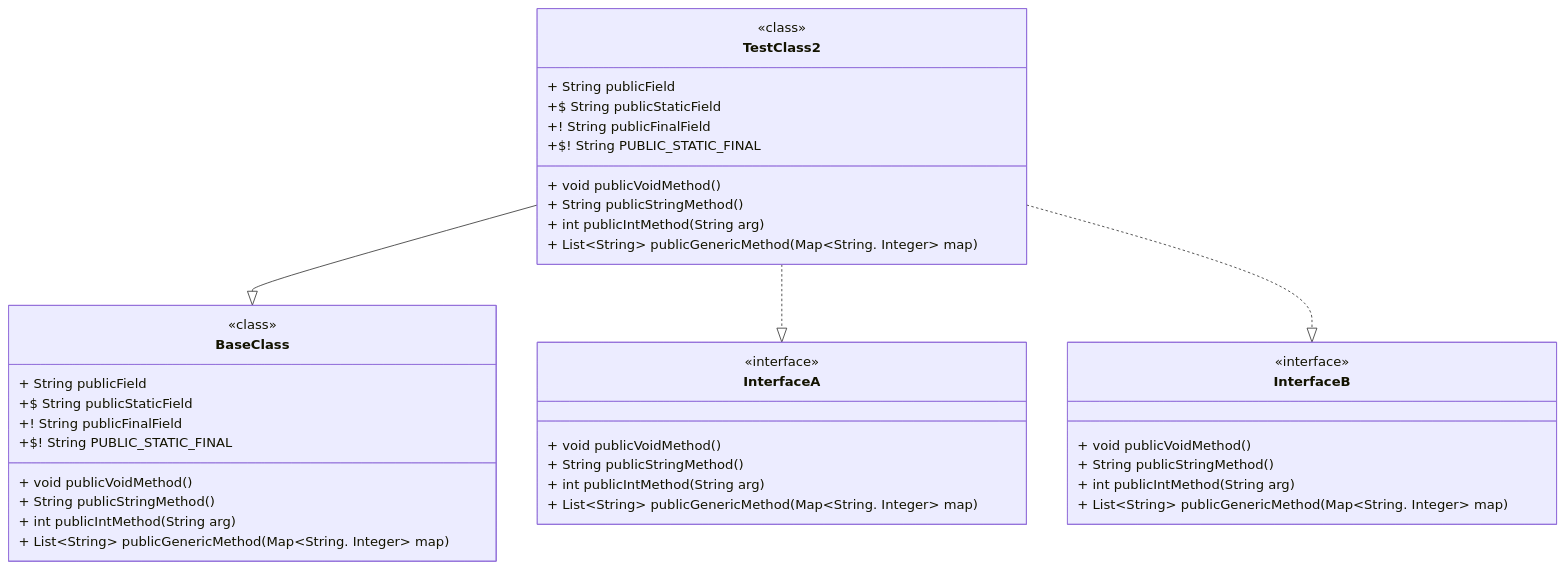
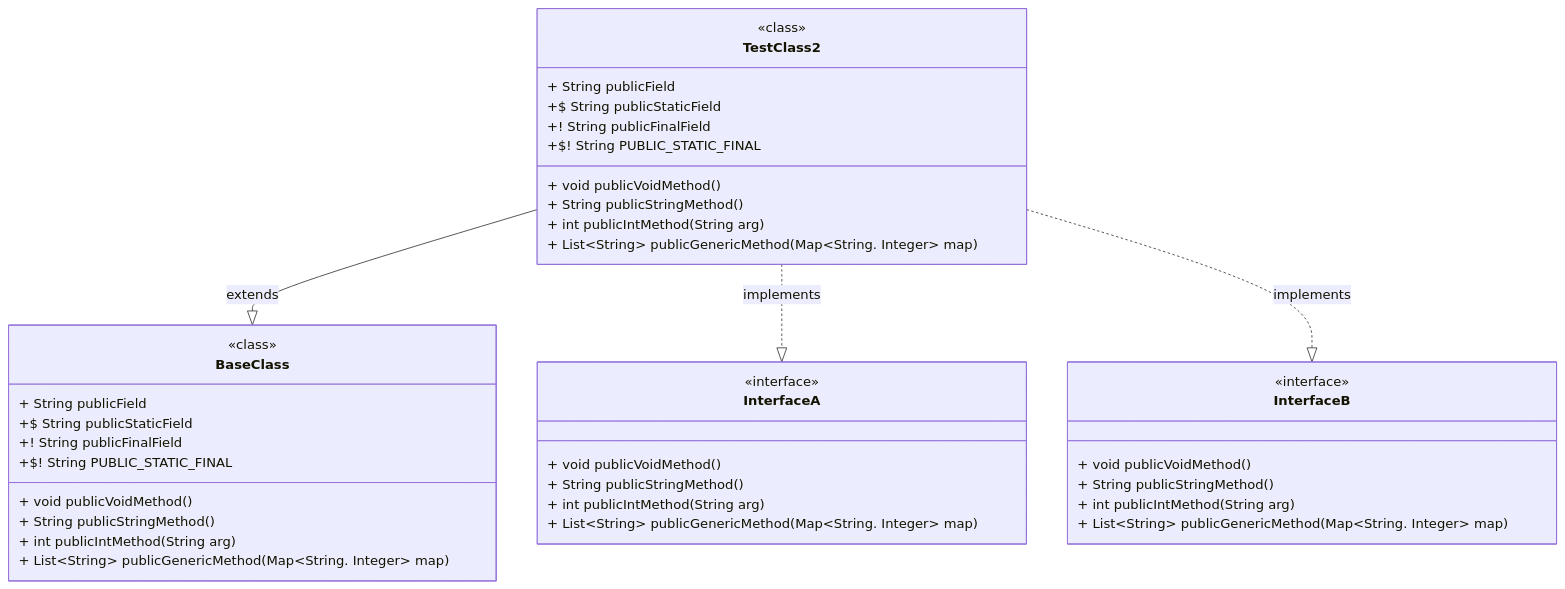
The diagram in README.md (retroRUK/mermaid-diagrams), drawn with Mermaid before and after one commit. The commit also changed 4 other files, not shown here.

Commit message:
updated to show extends and implements

````diff
--- a/README.md
+++ b/README.md
@@ -21,46 +21,46 @@
 ```mermaid
 classDiagram
-	TestClass2 --|> BaseClass
-	TestClass2 ..|> InterfaceA
-	TestClass2 ..|> InterfaceB
+	TestClass2 --|> BaseClass : extends
+	TestClass2 ..|> InterfaceA : implements
+	TestClass2 ..|> InterfaceB : implements
 	class TestClass2 {
 		<<class>>
 		+ String publicField
 		+$ String publicStaticField
 		+! String publicFinalField
 		+$! String PUBLIC_STATIC_FINAL
 		+ void publicVoidMethod()
 		+ String publicStringMethod()
 		+ int publicIntMethod(String arg)
 		+ List~String~ publicGenericMethod(Map~String. Integer~ map)
 	}
 
 	class BaseClass {
 		<<class>>
 		+ String publicField
 		+$ String publicStaticField
 		+! String publicFinalField
 		+$! String PUBLIC_STATIC_FINAL
 		+ void publicVoidMethod()
 		+ String publicStringMethod()
 		+ int publicIntMethod(String arg)
 		+ List~String~ publicGenericMethod(Map~String. Integer~ map)
 	}
 
 	class InterfaceA {
 		<<interface>>
 		+ void publicVoidMethod()
 		+ String publicStringMethod()
 		+ int publicIntMethod(String arg)
 		+ List~String~ publicGenericMethod(Map~String. Integer~ map)
 	}
 
 	class InterfaceB {
 		<<interface>>
 		+ void publicVoidMethod()
 		+ String publicStringMethod()
 		+ int publicIntMethod(String arg)
 		+ List~String~ publicGenericMethod(Map~String. Integer~ map)
 	}
 
 ```
````
